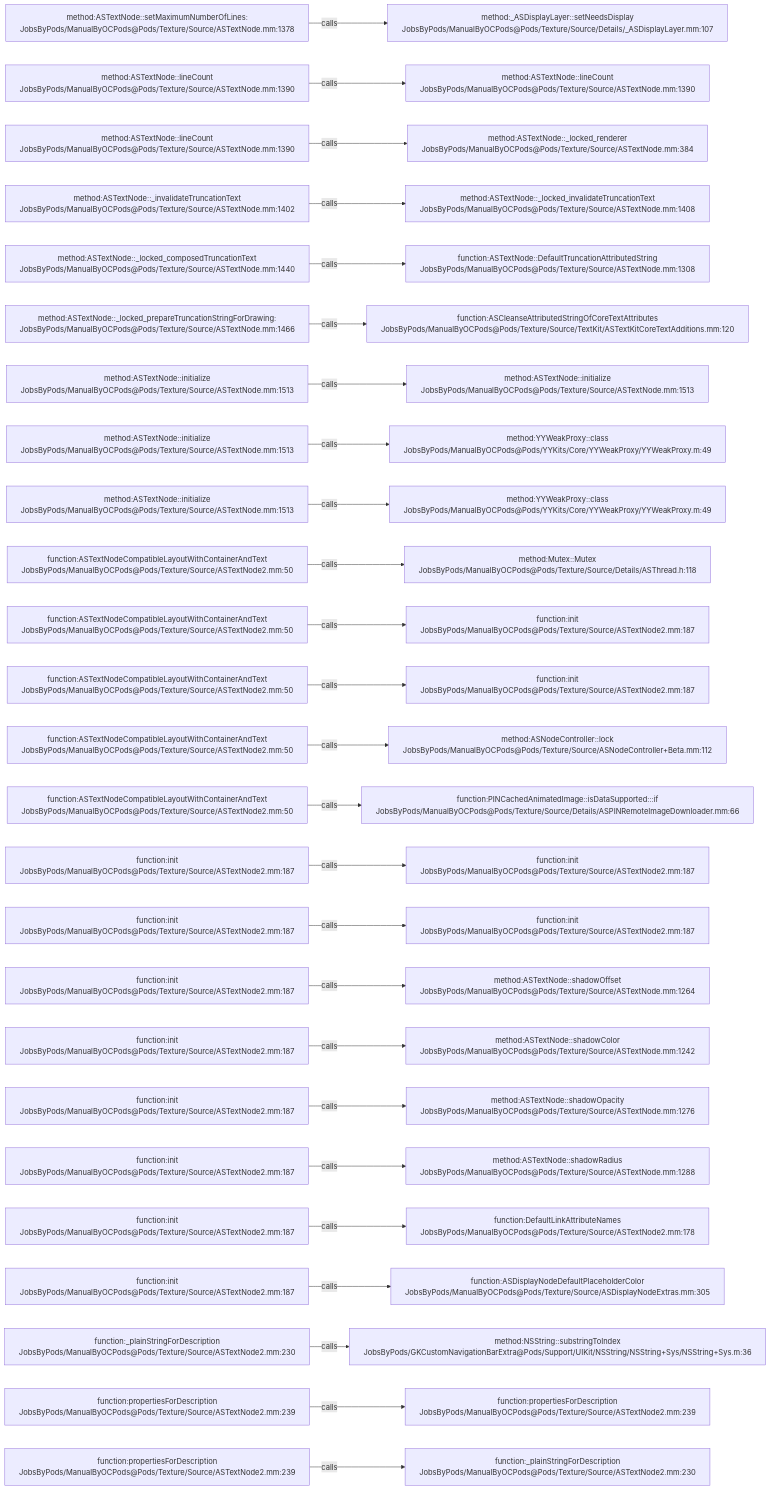
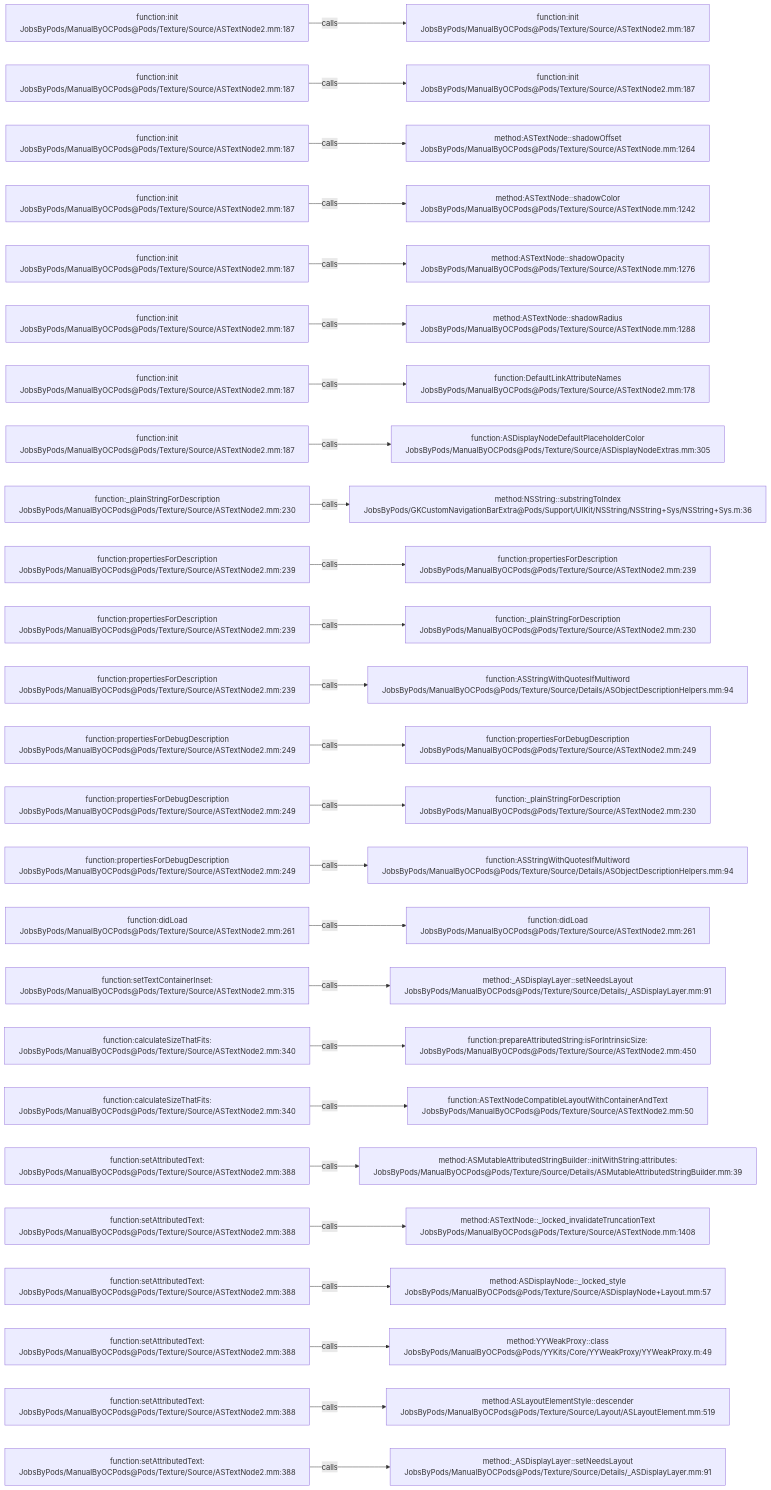
The diagram in .codegraph/codegraph.md/graphs/calls-140.md (JobsKits/JobsOCBaseConfigDemo), drawn with Mermaid before and after one commit. The commit also changed 296 other files, not shown here.

````diff
--- a/.codegraph/codegraph.md/graphs/calls-140.md
+++ b/.codegraph/codegraph.md/graphs/calls-140.md
@@ -13,78 +13,78 @@
 ```mermaid
 flowchart LR
-  S1["method:ASTextNode::setMaximumNumberOfLines:<br/>JobsByPods/ManualByOCPods@Pods/Texture/Source/ASTextNode.mm:1378"]
-  T1["method:_ASDisplayLayer::setNeedsDisplay<br/>JobsByPods/ManualByOCPods@Pods/Texture/Source/Details/_ASDisplayLayer.mm:107"]
+  S1["function:init<br/>JobsByPods/ManualByOCPods@Pods/Texture/Source/ASTextNode2.mm:187"]
+  T1["function:init<br/>JobsByPods/ManualByOCPods@Pods/Texture/Source/ASTextNode2.mm:187"]
   S1 -->|calls| T1
-  S2["method:ASTextNode::lineCount<br/>JobsByPods/ManualByOCPods@Pods/Texture/Source/ASTextNode.mm:1390"]
-  T2["method:ASTextNode::lineCount<br/>JobsByPods/ManualByOCPods@Pods/Texture/Source/ASTextNode.mm:1390"]
+  S2["function:init<br/>JobsByPods/ManualByOCPods@Pods/Texture/Source/ASTextNode2.mm:187"]
+  T2["function:init<br/>JobsByPods/ManualByOCPods@Pods/Texture/Source/ASTextNode2.mm:187"]
   S2 -->|calls| T2
-  S3["method:ASTextNode::lineCount<br/>JobsByPods/ManualByOCPods@Pods/Texture/Source/ASTextNode.mm:1390"]
-  T3["method:ASTextNode::_locked_renderer<br/>JobsByPods/ManualByOCPods@Pods/Texture/Source/ASTextNode.mm:384"]
+  S3["function:init<br/>JobsByPods/ManualByOCPods@Pods/Texture/Source/ASTextNode2.mm:187"]
+  T3["method:ASTextNode::shadowOffset<br/>JobsByPods/ManualByOCPods@Pods/Texture/Source/ASTextNode.mm:1264"]
   S3 -->|calls| T3
-  S4["method:ASTextNode::_invalidateTruncationText<br/>JobsByPods/ManualByOCPods@Pods/Texture/Source/ASTextNode.mm:1402"]
-  T4["method:ASTextNode::_locked_invalidateTruncationText<br/>JobsByPods/ManualByOCPods@Pods/Texture/Source/ASTextNode.mm:1408"]
+  S4["function:init<br/>JobsByPods/ManualByOCPods@Pods/Texture/Source/ASTextNode2.mm:187"]
+  T4["method:ASTextNode::shadowColor<br/>JobsByPods/ManualByOCPods@Pods/Texture/Source/ASTextNode.mm:1242"]
   S4 -->|calls| T4
-  S5["method:ASTextNode::_locked_composedTruncationText<br/>JobsByPods/ManualByOCPods@Pods/Texture/Source/ASTextNode.mm:1440"]
-  T5["function:ASTextNode::DefaultTruncationAttributedString<br/>JobsByPods/ManualByOCPods@Pods/Texture/Source/ASTextNode.mm:1308"]
+  S5["function:init<br/>JobsByPods/ManualByOCPods@Pods/Texture/Source/ASTextNode2.mm:187"]
+  T5["method:ASTextNode::shadowOpacity<br/>JobsByPods/ManualByOCPods@Pods/Texture/Source/ASTextNode.mm:1276"]
   S5 -->|calls| T5
-  S6["method:ASTextNode::_locked_prepareTruncationStringForDrawing:<br/>JobsByPods/ManualByOCPods@Pods/Texture/Source/ASTextNode.mm:1466"]
-  T6["function:ASCleanseAttributedStringOfCoreTextAttributes<br/>JobsByPods/ManualByOCPods@Pods/Texture/Source/TextKit/ASTextKitCoreTextAdditions.mm:120"]
+  S6["function:init<br/>JobsByPods/ManualByOCPods@Pods/Texture/Source/ASTextNode2.mm:187"]
+  T6["method:ASTextNode::shadowRadius<br/>JobsByPods/ManualByOCPods@Pods/Texture/Source/ASTextNode.mm:1288"]
   S6 -->|calls| T6
-  S7["method:ASTextNode::initialize<br/>JobsByPods/ManualByOCPods@Pods/Texture/Source/ASTextNode.mm:1513"]
-  T7["method:ASTextNode::initialize<br/>JobsByPods/ManualByOCPods@Pods/Texture/Source/ASTextNode.mm:1513"]
+  S7["function:init<br/>JobsByPods/ManualByOCPods@Pods/Texture/Source/ASTextNode2.mm:187"]
+  T7["function:DefaultLinkAttributeNames<br/>JobsByPods/ManualByOCPods@Pods/Texture/Source/ASTextNode2.mm:178"]
   S7 -->|calls| T7
-  S8["method:ASTextNode::initialize<br/>JobsByPods/ManualByOCPods@Pods/Texture/Source/ASTextNode.mm:1513"]
-  T8["method:YYWeakProxy::class<br/>JobsByPods/ManualByOCPods@Pods/YYKits/Core/YYWeakProxy/YYWeakProxy.m:49"]
+  S8["function:init<br/>JobsByPods/ManualByOCPods@Pods/Texture/Source/ASTextNode2.mm:187"]
+  T8["function:ASDisplayNodeDefaultPlaceholderColor<br/>JobsByPods/ManualByOCPods@Pods/Texture/Source/ASDisplayNodeExtras.mm:305"]
   S8 -->|calls| T8
-  S9["method:ASTextNode::initialize<br/>JobsByPods/ManualByOCPods@Pods/Texture/Source/ASTextNode.mm:1513"]
-  T9["method:YYWeakProxy::class<br/>JobsByPods/ManualByOCPods@Pods/YYKits/Core/YYWeakProxy/YYWeakProxy.m:49"]
+  S9["function:_plainStringForDescription<br/>JobsByPods/ManualByOCPods@Pods/Texture/Source/ASTextNode2.mm:230"]
+  T9["method:NSString::substringToIndex<br/>JobsByPods/GKCustomNavigationBarExtra@Pods/Support/UIKit/NSString/NSString+Sys/NSString+Sys.m:36"]
   S9 -->|calls| T9
-  S10["function:ASTextNodeCompatibleLayoutWithContainerAndText<br/>JobsByPods/ManualByOCPods@Pods/Texture/Source/ASTextNode2.mm:50"]
-  T10["method:Mutex::Mutex<br/>JobsByPods/ManualByOCPods@Pods/Texture/Source/Details/ASThread.h:118"]
+  S10["function:propertiesForDescription<br/>JobsByPods/ManualByOCPods@Pods/Texture/Source/ASTextNode2.mm:239"]
+  T10["function:propertiesForDescription<br/>JobsByPods/ManualByOCPods@Pods/Texture/Source/ASTextNode2.mm:239"]
   S10 -->|calls| T10
-  S11["function:ASTextNodeCompatibleLayoutWithContainerAndText<br/>JobsByPods/ManualByOCPods@Pods/Texture/Source/ASTextNode2.mm:50"]
-  T11["function:init<br/>JobsByPods/ManualByOCPods@Pods/Texture/Source/ASTextNode2.mm:187"]
+  S11["function:propertiesForDescription<br/>JobsByPods/ManualByOCPods@Pods/Texture/Source/ASTextNode2.mm:239"]
+  T11["function:_plainStringForDescription<br/>JobsByPods/ManualByOCPods@Pods/Texture/Source/ASTextNode2.mm:230"]
   S11 -->|calls| T11
-  S12["function:ASTextNodeCompatibleLayoutWithContainerAndText<br/>JobsByPods/ManualByOCPods@Pods/Texture/Source/ASTextNode2.mm:50"]
-  T12["function:init<br/>JobsByPods/ManualByOCPods@Pods/Texture/Source/ASTextNode2.mm:187"]
+  S12["function:propertiesForDescription<br/>JobsByPods/ManualByOCPods@Pods/Texture/Source/ASTextNode2.mm:239"]
+  T12["function:ASStringWithQuotesIfMultiword<br/>JobsByPods/ManualByOCPods@Pods/Texture/Source/Details/ASObjectDescriptionHelpers.mm:94"]
   S12 -->|calls| T12
-  S13["function:ASTextNodeCompatibleLayoutWithContainerAndText<br/>JobsByPods/ManualByOCPods@Pods/Texture/Source/ASTextNode2.mm:50"]
-  T13["method:ASNodeController::lock<br/>JobsByPods/ManualByOCPods@Pods/Texture/Source/ASNodeController+Beta.mm:112"]
+  S13["function:propertiesForDebugDescription<br/>JobsByPods/ManualByOCPods@Pods/Texture/Source/ASTextNode2.mm:249"]
+  T13["function:propertiesForDebugDescription<br/>JobsByPods/ManualByOCPods@Pods/Texture/Source/ASTextNode2.mm:249"]
   S13 -->|calls| T13
-  S14["function:ASTextNodeCompatibleLayoutWithContainerAndText<br/>JobsByPods/ManualByOCPods@Pods/Texture/Source/ASTextNode2.mm:50"]
-  T14["function:PINCachedAnimatedImage::isDataSupported:::if<br/>JobsByPods/ManualByOCPods@Pods/Texture/Source/Details/ASPINRemoteImageDownloader.mm:66"]
+  S14["function:propertiesForDebugDescription<br/>JobsByPods/ManualByOCPods@Pods/Texture/Source/ASTextNode2.mm:249"]
+  T14["function:_plainStringForDescription<br/>JobsByPods/ManualByOCPods@Pods/Texture/Source/ASTextNode2.mm:230"]
   S14 -->|calls| T14
-  S15["function:init<br/>JobsByPods/ManualByOCPods@Pods/Texture/Source/ASTextNode2.mm:187"]
-  T15["function:init<br/>JobsByPods/ManualByOCPods@Pods/Texture/Source/ASTextNode2.mm:187"]
+  S15["function:propertiesForDebugDescription<br/>JobsByPods/ManualByOCPods@Pods/Texture/Source/ASTextNode2.mm:249"]
+  T15["function:ASStringWithQuotesIfMultiword<br/>JobsByPods/ManualByOCPods@Pods/Texture/Source/Details/ASObjectDescriptionHelpers.mm:94"]
   S15 -->|calls| T15
-  S16["function:init<br/>JobsByPods/ManualByOCPods@Pods/Texture/Source/ASTextNode2.mm:187"]
-  T16["function:init<br/>JobsByPods/ManualByOCPods@Pods/Texture/Source/ASTextNode2.mm:187"]
+  S16["function:didLoad<br/>JobsByPods/ManualByOCPods@Pods/Texture/Source/ASTextNode2.mm:261"]
+  T16["function:didLoad<br/>JobsByPods/ManualByOCPods@Pods/Texture/Source/ASTextNode2.mm:261"]
   S16 -->|calls| T16
-  S17["function:init<br/>JobsByPods/ManualByOCPods@Pods/Texture/Source/ASTextNode2.mm:187"]
-  T17["method:ASTextNode::shadowOffset<br/>JobsByPods/ManualByOCPods@Pods/Texture/Source/ASTextNode.mm:1264"]
+  S17["function:setTextContainerInset:<br/>JobsByPods/ManualByOCPods@Pods/Texture/Source/ASTextNode2.mm:315"]
+  T17["method:_ASDisplayLayer::setNeedsLayout<br/>JobsByPods/ManualByOCPods@Pods/Texture/Source/Details/_ASDisplayLayer.mm:91"]
   S17 -->|calls| T17
-  S18["function:init<br/>JobsByPods/ManualByOCPods@Pods/Texture/Source/ASTextNode2.mm:187"]
-  T18["method:ASTextNode::shadowColor<br/>JobsByPods/ManualByOCPods@Pods/Texture/Source/ASTextNode.mm:1242"]
+  S18["function:calculateSizeThatFits:<br/>JobsByPods/ManualByOCPods@Pods/Texture/Source/ASTextNode2.mm:340"]
+  T18["function:prepareAttributedString:isForIntrinsicSize:<br/>JobsByPods/ManualByOCPods@Pods/Texture/Source/ASTextNode2.mm:450"]
   S18 -->|calls| T18
-  S19["function:init<br/>JobsByPods/ManualByOCPods@Pods/Texture/Source/ASTextNode2.mm:187"]
-  T19["method:ASTextNode::shadowOpacity<br/>JobsByPods/ManualByOCPods@Pods/Texture/Source/ASTextNode.mm:1276"]
+  S19["function:calculateSizeThatFits:<br/>JobsByPods/ManualByOCPods@Pods/Texture/Source/ASTextNode2.mm:340"]
+  T19["function:ASTextNodeCompatibleLayoutWithContainerAndText<br/>JobsByPods/ManualByOCPods@Pods/Texture/Source/ASTextNode2.mm:50"]
   S19 -->|calls| T19
-  S20["function:init<br/>JobsByPods/ManualByOCPods@Pods/Texture/Source/ASTextNode2.mm:187"]
-  T20["method:ASTextNode::shadowRadius<br/>JobsByPods/ManualByOCPods@Pods/Texture/Source/ASTextNode.mm:1288"]
+  S20["function:setAttributedText:<br/>JobsByPods/ManualByOCPods@Pods/Texture/Source/ASTextNode2.mm:388"]
+  T20["method:ASMutableAttributedStringBuilder::initWithString:attributes:<br/>JobsByPods/ManualByOCPods@Pods/Texture/Source/Details/ASMutableAttributedStringBuilder.mm:39"]
   S20 -->|calls| T20
-  S21["function:init<br/>JobsByPods/ManualByOCPods@Pods/Texture/Source/ASTextNode2.mm:187"]
-  T21["function:DefaultLinkAttributeNames<br/>JobsByPods/ManualByOCPods@Pods/Texture/Source/ASTextNode2.mm:178"]
+  S21["function:setAttributedText:<br/>JobsByPods/ManualByOCPods@Pods/Texture/Source/ASTextNode2.mm:388"]
+  T21["method:ASTextNode::_locked_invalidateTruncationText<br/>JobsByPods/ManualByOCPods@Pods/Texture/Source/ASTextNode.mm:1408"]
   S21 -->|calls| T21
-  S22["function:init<br/>JobsByPods/ManualByOCPods@Pods/Texture/Source/ASTextNode2.mm:187"]
-  T22["function:ASDisplayNodeDefaultPlaceholderColor<br/>JobsByPods/ManualByOCPods@Pods/Texture/Source/ASDisplayNodeExtras.mm:305"]
+  S22["function:setAttributedText:<br/>JobsByPods/ManualByOCPods@Pods/Texture/Source/ASTextNode2.mm:388"]
+  T22["method:ASDisplayNode::_locked_style<br/>JobsByPods/ManualByOCPods@Pods/Texture/Source/ASDisplayNode+Layout.mm:57"]
   S22 -->|calls| T22
-  S23["function:_plainStringForDescription<br/>JobsByPods/ManualByOCPods@Pods/Texture/Source/ASTextNode2.mm:230"]
-  T23["method:NSString::substringToIndex<br/>JobsByPods/GKCustomNavigationBarExtra@Pods/Support/UIKit/NSString/NSString+Sys/NSString+Sys.m:36"]
+  S23["function:setAttributedText:<br/>JobsByPods/ManualByOCPods@Pods/Texture/Source/ASTextNode2.mm:388"]
+  T23["method:YYWeakProxy::class<br/>JobsByPods/ManualByOCPods@Pods/YYKits/Core/YYWeakProxy/YYWeakProxy.m:49"]
   S23 -->|calls| T23
-  S24["function:propertiesForDescription<br/>JobsByPods/ManualByOCPods@Pods/Texture/Source/ASTextNode2.mm:239"]
-  T24["function:propertiesForDescription<br/>JobsByPods/ManualByOCPods@Pods/Texture/Source/ASTextNode2.mm:239"]
+  S24["function:setAttributedText:<br/>JobsByPods/ManualByOCPods@Pods/Texture/Source/ASTextNode2.mm:388"]
+  T24["method:ASLayoutElementStyle::descender<br/>JobsByPods/ManualByOCPods@Pods/Texture/Source/Layout/ASLayoutElement.mm:519"]
   S24 -->|calls| T24
-  S25["function:propertiesForDescription<br/>JobsByPods/ManualByOCPods@Pods/Texture/Source/ASTextNode2.mm:239"]
-  T25["function:_plainStringForDescription<br/>JobsByPods/ManualByOCPods@Pods/Texture/Source/ASTextNode2.mm:230"]
+  S25["function:setAttributedText:<br/>JobsByPods/ManualByOCPods@Pods/Texture/Source/ASTextNode2.mm:388"]
+  T25["method:_ASDisplayLayer::setNeedsLayout<br/>JobsByPods/ManualByOCPods@Pods/Texture/Source/Details/_ASDisplayLayer.mm:91"]
   S25 -->|calls| T25
 ```
````
